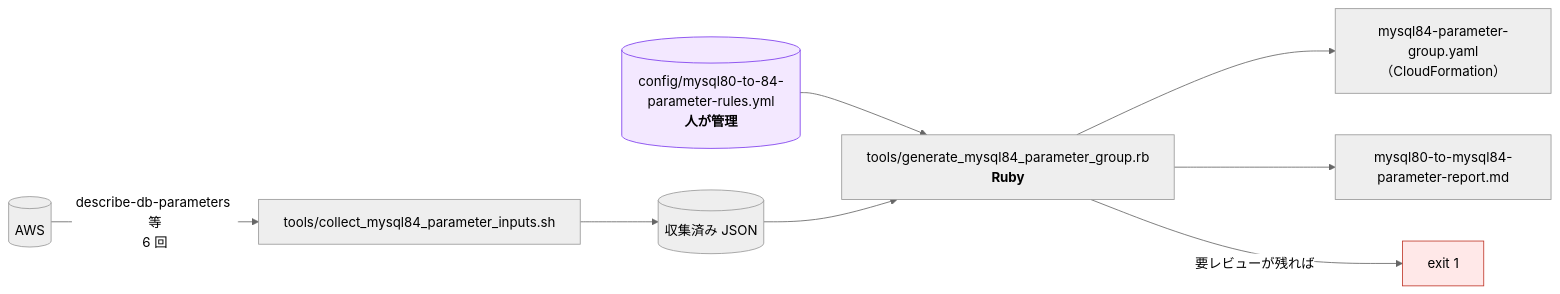
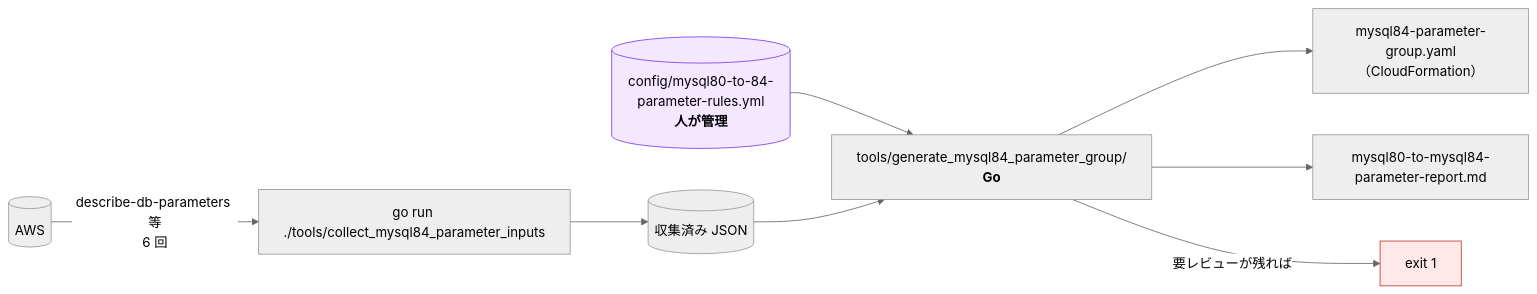
Before and after one commit to rxsxkxd/pk: the fifth of 8 diagrams in docs/rds_mysql_upgrade/report-generation-flows.md, drawn with Mermaid (neutral theme). The commit also changed other lines of this file and 33 other files, not shown here.

````diff
--- a/docs/rds_mysql_upgrade/report-generation-flows.md
+++ b/docs/rds_mysql_upgrade/report-generation-flows.md
@@ -208,15 +208,15 @@
 ```mermaid
 flowchart LR
-    AWS[("AWS")] -->|"describe-db-parameters 等<br/>6 回"| COL["tools/collect_mysql84_parameter_inputs.sh"]
+    AWS[("AWS")] -->|"describe-db-parameters 等<br/>6 回"| COL["go run ./tools/collect_mysql84_parameter_inputs"]
     COL --> JSON[("収集済み JSON")]
     RULES[("config/mysql80-to-84-parameter-rules.yml<br/><b>人が管理</b>")] --> GEN
-    JSON --> GEN["tools/generate_mysql84_parameter_group.rb<br/><b>Ruby</b>"]
+    JSON --> GEN["tools/generate_mysql84_parameter_group/<br/><b>Go</b>"]
     GEN --> TPL["mysql84-parameter-group.yaml<br/>（CloudFormation）"]
     GEN --> MD["mysql80-to-mysql84-parameter-report.md"]
     GEN -->|"要レビューが残れば"| EXIT["exit 1"]
 
     classDef human fill:#f3e8ff,stroke:#7c3aed
     classDef ng fill:#ffe8e8,stroke:#c0392b
     class RULES human
     class EXIT ng
 ```
````
